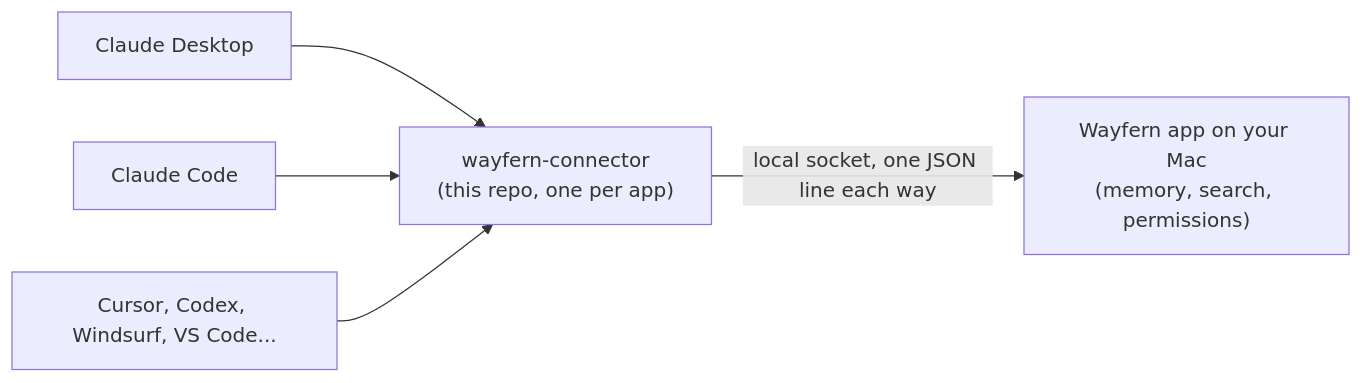
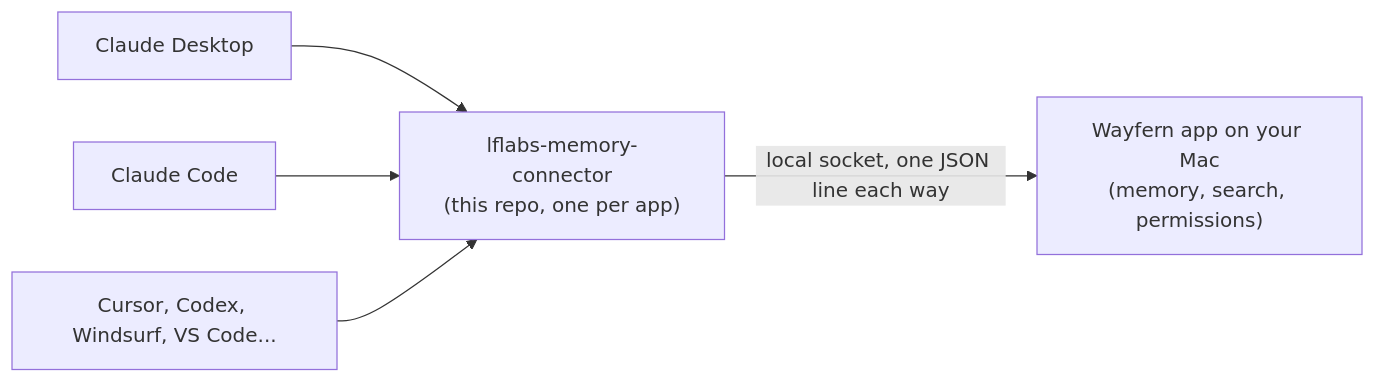
One commit to Hadeva-Dev/dawnmere changed the diagram in README.md. Above: the diagram before and after it, drawn with Mermaid. The commit also changed other lines of this file and 17 other files, not shown here.

````diff
--- a/README.md
+++ b/README.md
@@ -7,7 +7,7 @@
 ```mermaid
 flowchart LR
   A[Claude Desktop] --> C
   B[Claude Code] --> C
   D[Cursor, Codex, Windsurf, VS Code...] --> C
-  C["wayfern-connector<br/>(this repo, one per app)"] -- "local socket, one JSON line each way" --> W["Wayfern app on your Mac<br/>(memory, search, permissions)"]
+  C["lflabs-memory-connector<br/>(this repo, one per app)"] -- "local socket, one JSON line each way" --> W["Wayfern app on your Mac<br/>(memory, search, permissions)"]
 ```
````
